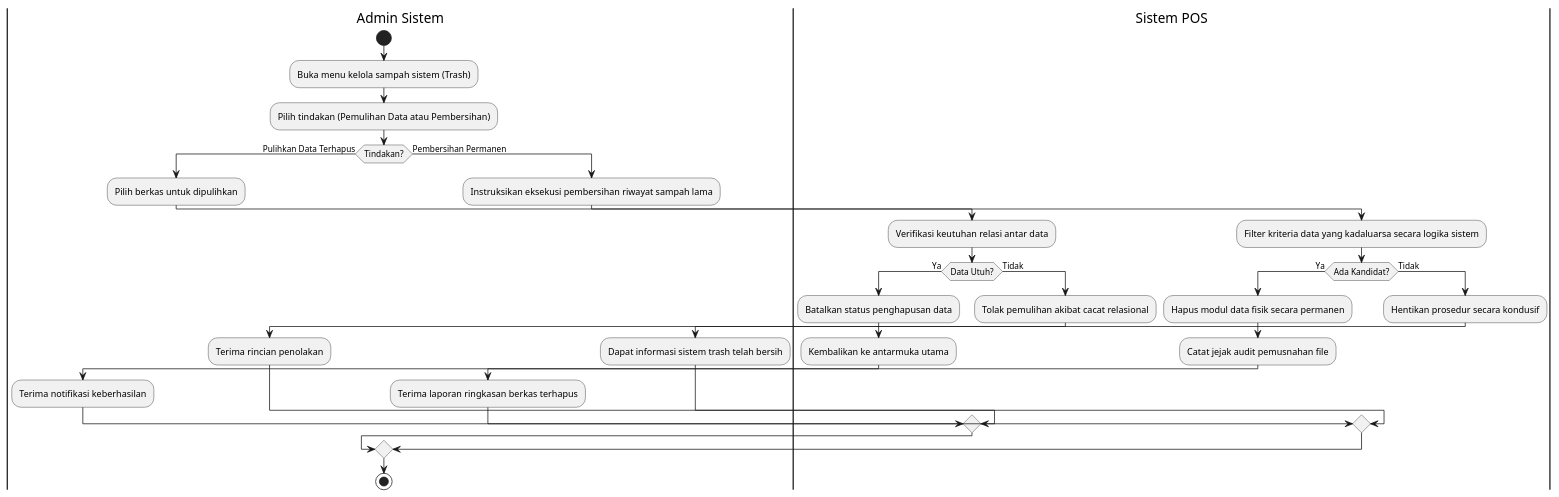
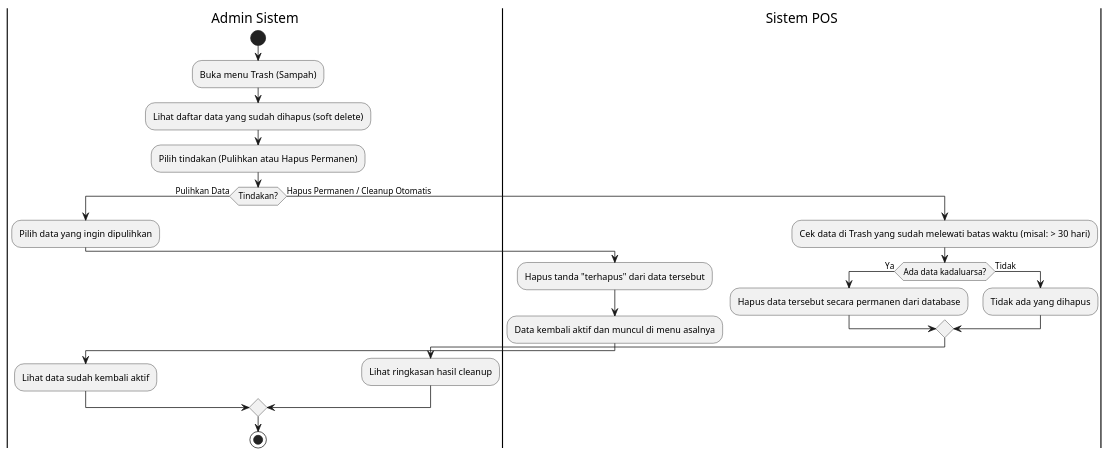
Before and after one commit to Aditiarzky/pos-app: the diagram in docs/uml-activity-trash.puml, drawn with PlantUML. The commit also changed 41 other files, not shown here.

```diff
--- a/docs/uml-activity-trash.puml
+++ b/docs/uml-activity-trash.puml
@@ -1,41 +1,28 @@
 @startuml
 |Admin Sistem|
 start
-:Buka menu kelola sampah sistem (Trash);
-:Pilih tindakan (Pemulihan Data atau Pembersihan);
+:Buka menu Trash (Sampah);
+:Lihat daftar data yang sudah dihapus (soft delete);
+:Pilih tindakan (Pulihkan atau Hapus Permanen);
 
-if (Tindakan?) then (Pulihkan Data Terhapus)
-  :Pilih berkas untuk dipulihkan;
+if (Tindakan?) then (Pulihkan Data)
+  :Pilih data yang ingin dipulihkan;
   |Sistem POS|
-  :Verifikasi keutuhan relasi antar data;
-  if (Data Utuh?) then (Ya)
-    :Batalkan status penghapusan data;
-    :Kembalikan ke antarmuka utama;
-    |Admin Sistem|
-    :Terima notifikasi keberhasilan;
+  :Hapus tanda "terhapus" dari data tersebut;
+  :Data kembali aktif dan muncul di menu asalnya;
+  |Admin Sistem|
+  :Lihat data sudah kembali aktif;
+
+else (Hapus Permanen / Cleanup Otomatis)
+  |Sistem POS|
+  :Cek data di Trash yang sudah melewati batas waktu (misal: > 30 hari);
+  if (Ada data kadaluarsa?) then (Ya)
+    :Hapus data tersebut secara permanen dari database;
   else (Tidak)
-    |Sistem POS|
-    :Tolak pemulihan akibat cacat relasional;
-    |Admin Sistem|
-    :Terima rincian penolakan;
+    :Tidak ada yang dihapus;
   endif
-
-else (Pembersihan Permanen)
   |Admin Sistem|
-  :Instruksikan eksekusi pembersihan riwayat sampah lama;
-  |Sistem POS|
-  :Filter kriteria data yang kadaluarsa secara logika sistem;
-  if (Ada Kandidat?) then (Ya)
-    :Hapus modul data fisik secara permanen;
-    :Catat jejak audit pemusnahan file;
-    |Admin Sistem|
-    :Terima laporan ringkasan berkas terhapus;
-  else (Tidak)
-    |Sistem POS|
-    :Hentikan prosedur secara kondusif;
-    |Admin Sistem|
-    :Dapat informasi sistem trash telah bersih;
-  endif
+  :Lihat ringkasan hasil cleanup;
 endif
 stop
 @enduml
```
